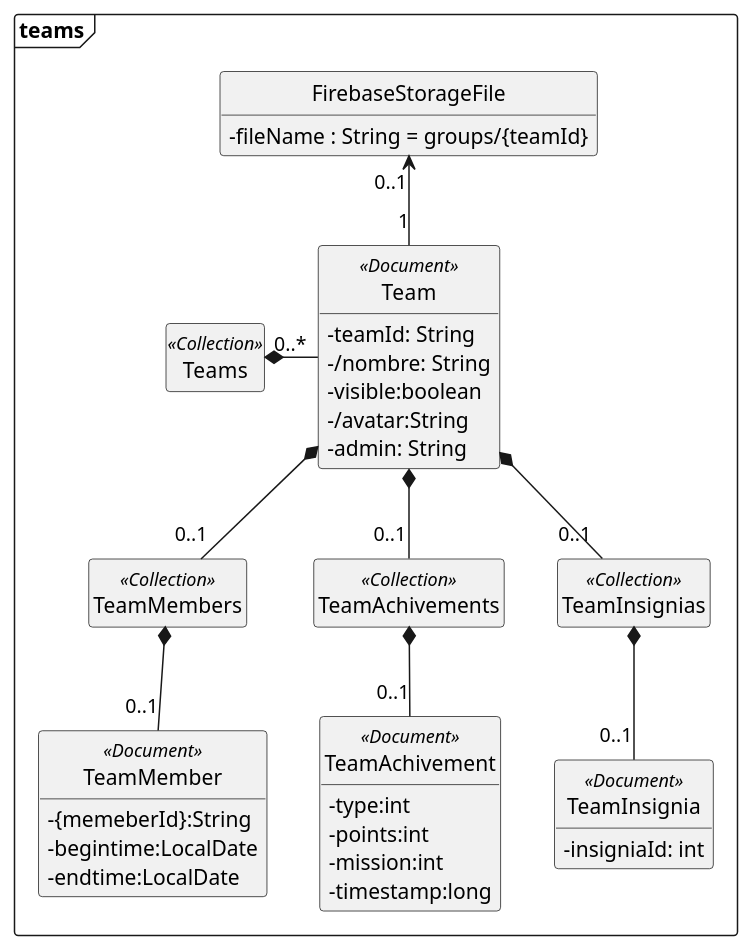
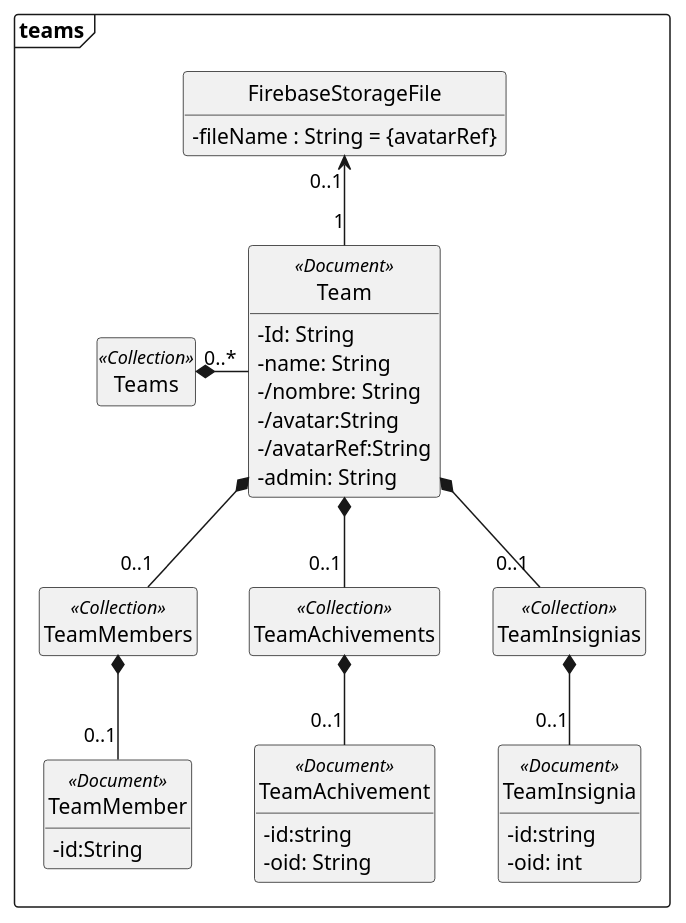
One commit to Cramer-0xbit/route66-plantuml changed the diagram in teams.wsd. Above: the diagram before and after it, drawn with PlantUML. The commit also changed 14 other files, not shown here.

```diff
--- a/teams.wsd
+++ b/teams.wsd
@@ -2,50 +2,49 @@
 @startuml teams
 
 package teams <<Frame>> {
  class FirebaseStorageFile {
-    - fileName : String = groups/{teamId}
+    - fileName : String = {avatarRef}
 }
 
  class Teams <<Collection>>
  class Team <<Document>>{
-     - teamId: String
+     - Id: String
+     - name: String
      - /nombre: String
-     - visible:boolean
      - /avatar:String
-     - admin: String    
+     - /avatarRef:String
+     - admin: String
+
  }
 
  class TeamMembers <<Collection>>
  class TeamAchivements <<Collection>>
  class TeamInsignias <<Collection>>
  class TeamInsignia <<Document>>{
-     - insigniaId: int    
+     - id:string
+     - oid: int    
  }
  class TeamAchivement<<Document>>{
-     -type:int
-     -points:int
-     -mission:int
-     -timestamp:long
+     - id:string
+     - oid: String
  }
  class TeamMember<<Document>>{
-     -{memeberId}:String
-     -begintime:LocalDate
-     -endtime:LocalDate
+     - id:String
  }
  FirebaseStorageFile "0..1"<--"1"Team
  Teams*-"0..*" Team
  Team*--"0..1"TeamMembers
  Team*--"0..1"TeamAchivements 
  Team*--"0..1"TeamInsignias
  TeamInsignias*--"0..1"TeamInsignia
  TeamAchivements*--"0..1"TeamAchivement
  TeamMembers*--"0..1"TeamMember
 
 }
 
 
 
 hide empty members   
 hide circle
 skinparam classAttributeIconSize 0
 @enduml
```
